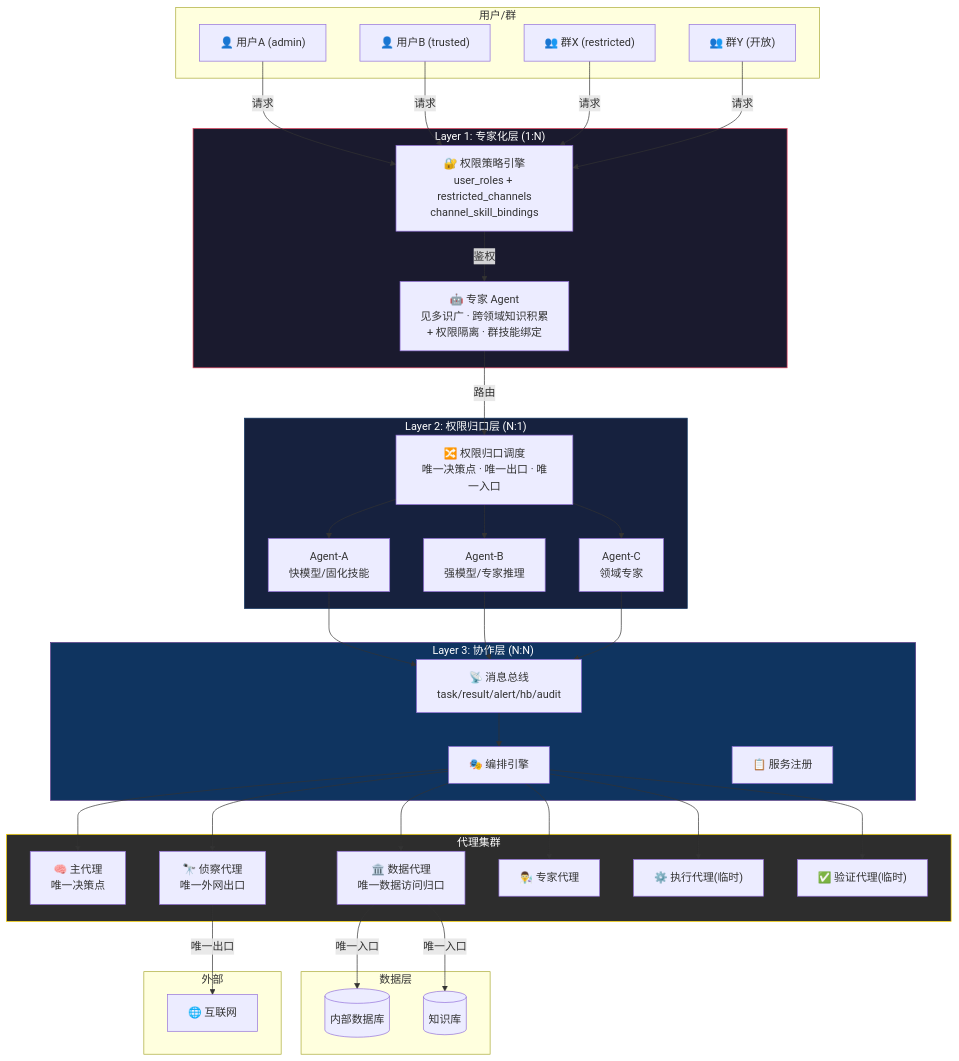
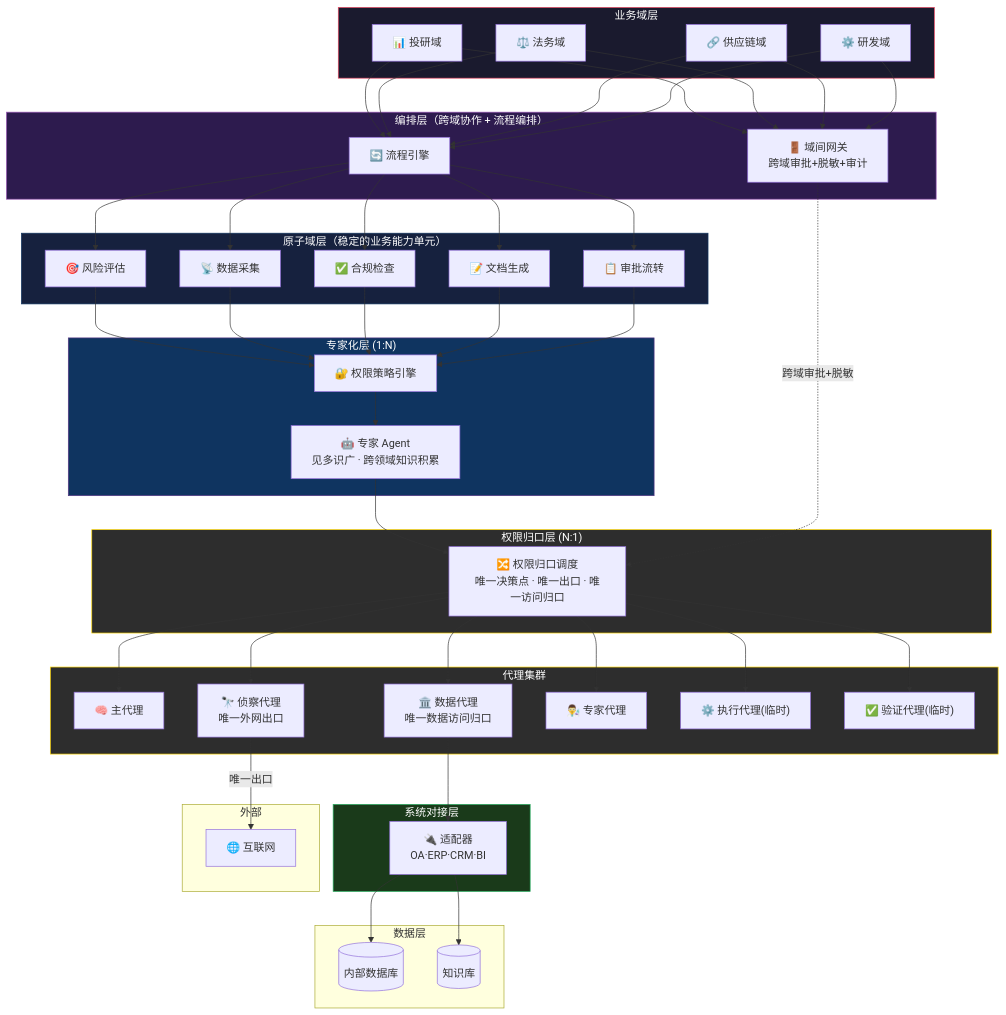
Before and after one commit to forestlei/hermes-agent: the first of 11 diagrams in docs/distributed-multi-agent-architecture.md, drawn with Mermaid. The commit also changed other lines of this file and 1 other file, not shown here.

Commit message:
[docs] 架构v3.1: 业务抽象6层(业务域→原子域→能力→流程→agent→系统对接)+原子域进化思想占位

````diff
--- a/docs/distributed-multi-agent-architecture.md
+++ b/docs/distributed-multi-agent-architecture.md
@@ -606,60 +760,73 @@
 ```mermaid
 graph TB
-    subgraph USERS["用户/群"]
-        U1["👤 用户A (admin)"]
-        U2["👤 用户B (trusted)"]
-        U3["👥 群X (restricted)"]
-        U4["👥 群Y (开放)"]
+    subgraph DOMAINS["业务域层"]
+        D1["📊 投研域"]
+        D2["⚖️ 法务域"]
+        D3["🔗 供应链域"]
+        D4["⚙️ 研发域"]
     end
 
-    subgraph L1["Layer 1: 专家化层 (1:N)"]
-        PERM["🔐 权限策略引擎<br/>user_roles + restricted_channels<br/>channel_skill_bindings"]
-        EXPERT_AGENT["🤖 专家 Agent<br/>见多识广 · 跨领域知识积累<br/>+ 权限隔离 · 群技能绑定"]
+    subgraph ORCHESTRA_LAYER["编排层（跨域协作 + 流程编排）"]
+        FLOW["🔄 流程引擎"]
+        DOMAIN_GATE["🚪 域间网关<br/>跨域审批+脱敏+审计"]
     end
 
-    subgraph L2["Layer 2: 权限归口层 (N:1)"]
-        GATE["🔀 权限归口调度<br/>唯一决策点 · 唯一出口 · 唯一入口"]
-        AGENT_A["Agent-A<br/>快模型/固化技能"]
-        AGENT_B["Agent-B<br/>强模型/专家推理"]
-        AGENT_C["Agent-C<br/>领域专家"]
+    subgraph ATOMIC["原子域层（稳定的业务能力单元）"]
+        A1["🎯 风险评估"]
+        A2["📡 数据采集"]
+        A3["✅ 合规检查"]
+        A4["📝 文档生成"]
+        A5["📋 审批流转"]
     end
 
-    subgraph L3["Layer 3: 协作层 (N:N)"]
-        BUS["📡 消息总线<br/>task/result/alert/hb/audit"]
-        ORCHESTRA["🎭 编排引擎"]
-        REGISTRY["📋 服务注册"]
+    subgraph L1["专家化层 (1:N)"]
+        PERM["🔐 权限策略引擎"]
+        EXPERT_AGENT["🤖 专家 Agent<br/>见多识广 · 跨领域知识积累"]
+    end
+
+    subgraph L2["权限归口层 (N:1)"]
+        GATE["🔀 权限归口调度<br/>唯一决策点 · 唯一出口 · 唯一访问归口"]
     end
 
     subgraph AGENTS["代理集群"]
-        BRAIN["🧠 主代理<br/>唯一决策点"]
+        BRAIN["🧠 主代理"]
         SCOUT["🔭 侦察代理<br/>唯一外网出口"]
         VAULT["🏛️ 数据代理<br/>唯一数据访问归口"]
         EXPERT["👨‍🔬 专家代理"]
         WORKER["⚙️ 执行代理(临时)"]
         AUDITOR["✅ 验证代理(临时)"]
+    end
+
+    subgraph SYS["系统对接层"]
+        ADAPTER["🔌 适配器<br/>OA·ERP·CRM·BI"]
     end
 
     subgraph DATA["数据层"]
         DB[("内部数据库")]
         KB[("知识库")]
     end
 
     subgraph EXT["外部"]
         WEB["🌐 互联网"]
     end
 
-    U1 & U2 & U3 & U4 -->|请求| PERM
-    PERM -->|鉴权| EXPERT_AGENT
-    EXPERT_AGENT -->|路由| GATE
-    GATE --> AGENT_A & AGENT_B & AGENT_C
-    AGENT_A & AGENT_B & AGENT_C --> BUS
-    BUS --> ORCHESTRA
-    ORCHESTRA --> BRAIN & SCOUT & VAULT & EXPERT & WORKER & AUDITOR
+    D1 & D2 & D3 & D4 --> FLOW
+    D1 & D2 & D3 & D4 --> DOMAIN_GATE
+    FLOW --> A1 & A2 & A3 & A4 & A5
+    A1 & A2 & A3 & A4 & A5 --> PERM
+    PERM --> EXPERT_AGENT
+    EXPERT_AGENT --> GATE
+    GATE --> BRAIN & SCOUT & VAULT & EXPERT & WORKER & AUDITOR
     SCOUT -->|唯一出口| WEB
-    VAULT -->|唯一入口| DB & KB
+    VAULT --> ADAPTER
+    ADAPTER --> DB & KB
+    DOMAIN_GATE -.->|跨域审批+脱敏| GATE
 
-    style L1 fill:#1a1a2e,stroke:#e94560,color:#fff
-    style L2 fill:#16213e,stroke:#0f3460,color:#fff
-    style L3 fill:#0f3460,stroke:#533483,color:#fff
+    style DOMAINS fill:#1a1a2e,stroke:#e94560,color:#fff
+    style ORCHESTRA_LAYER fill:#2d1b4e,stroke:#9b59b6,color:#fff
+    style ATOMIC fill:#16213e,stroke:#0f3460,color:#fff
+    style L1 fill:#0f3460,stroke:#533483,color:#fff
+    style L2 fill:#2d2d2d,stroke:#ffd700,color:#fff
     style AGENTS fill:#2d2d2d,stroke:#ffd700,color:#fff
+    style SYS fill:#1a3a1a,stroke:#27ae60,color:#fff
 ```
````
